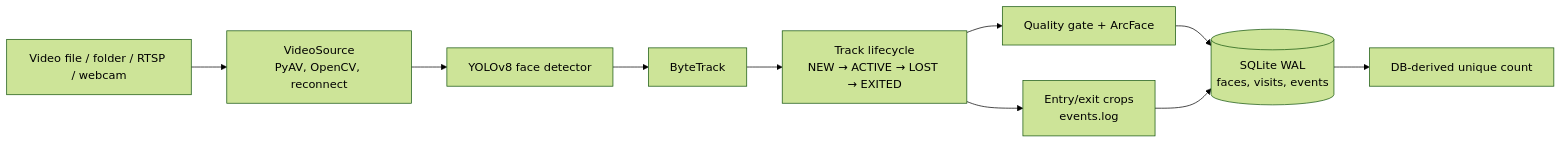
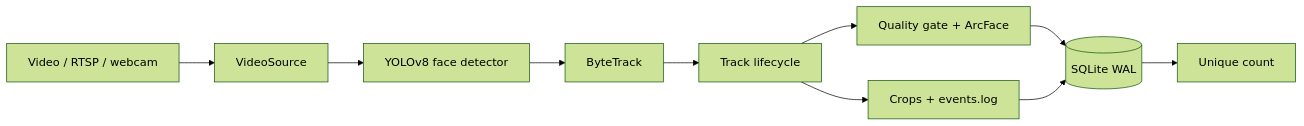
The diagram in README.md (mdaashir/KatomaranHackathon), drawn with Mermaid (forest theme) before and after one commit. The commit also changed other lines of this file and 2 other files, not shown here.

Commit message:
docs: simplify readme and surface architecture

````diff
--- a/README.md
+++ b/README.md
@@ -181,12 +44,12 @@
 ```mermaid
 flowchart LR
-    A[Video file / folder / RTSP / webcam] --> B[VideoSource<br/>PyAV, OpenCV, reconnect]
+    A[Video / RTSP / webcam] --> B[VideoSource]
     B --> C[YOLOv8 face detector]
     C --> D[ByteTrack]
-    D --> E[Track lifecycle<br/>NEW → ACTIVE → LOST → EXITED]
+    D --> E[Track lifecycle]
     E --> F[Quality gate + ArcFace]
-    F --> G[(SQLite WAL<br/>faces, visits, events)]
-    E --> H[Entry/exit crops<br/>events.log]
+    F --> G[(SQLite WAL)]
+    E --> H[Crops + events.log]
     H --> G
-    G --> I[DB-derived unique count]
+    G --> I[Unique count]
 ```
````
